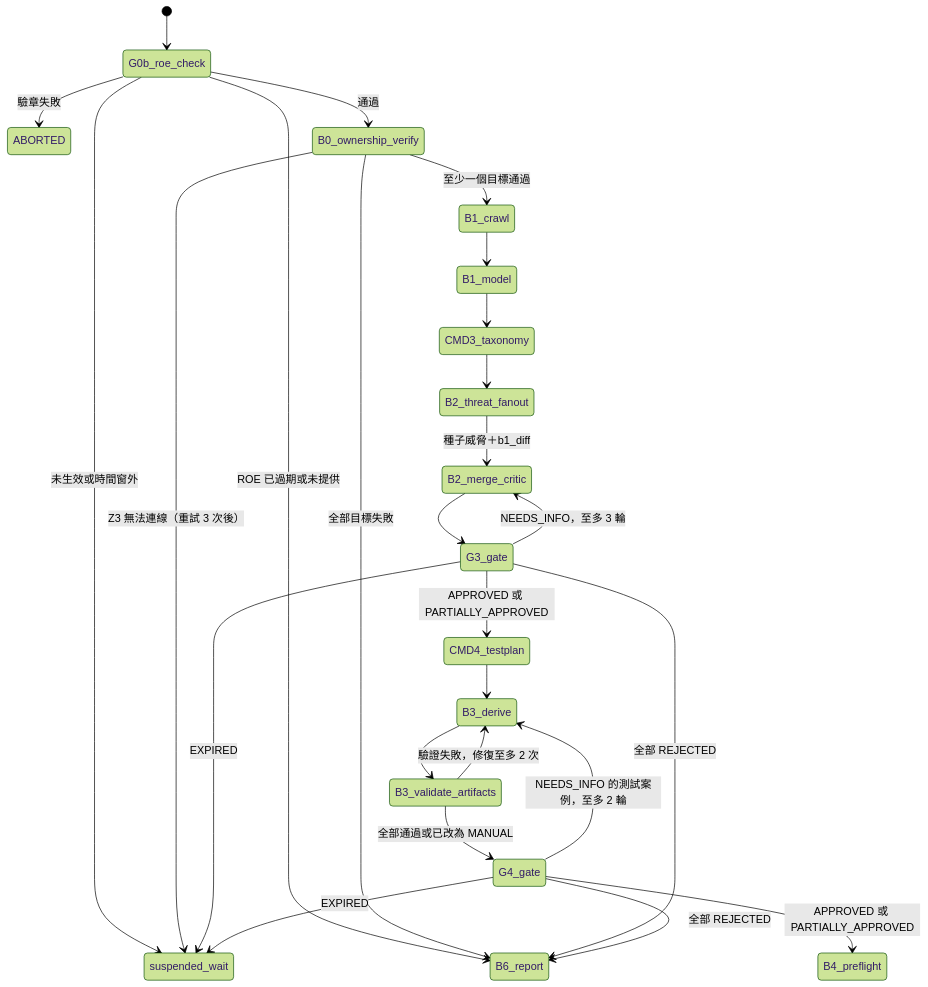
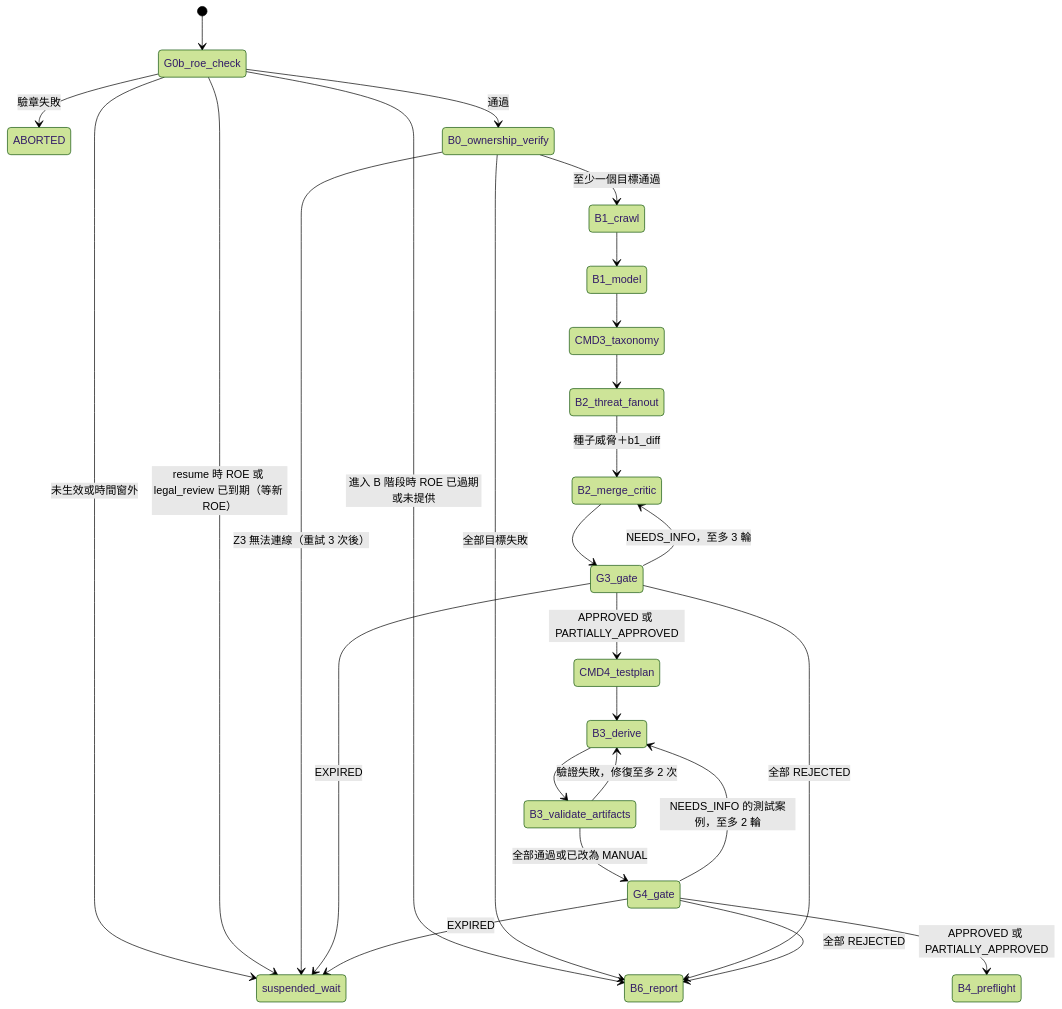
One commit to chinchiang/VibeCheckHarness changed the fifth of 10 diagrams in docs/03-system-architecture.md. Above: the diagram before and after it, drawn with Mermaid (forest theme). The commit also changed other lines of this file and 39 other files, not shown here.

````diff
--- a/docs/03-system-architecture.md
+++ b/docs/03-system-architecture.md
@@ -514,28 +519,29 @@
 ```mermaid
 stateDiagram-v2
   [*] --> G0b_roe_check
   G0b_roe_check --> ABORTED: 驗章失敗
   G0b_roe_check --> suspended_wait: 未生效或時間窗外
-  G0b_roe_check --> B6_report: ROE 已過期或未提供
+  G0b_roe_check --> B6_report: 進入 B 階段時 ROE 已過期或未提供
+  G0b_roe_check --> suspended_wait: resume 時 ROE 或 legal_review 已到期（等新 ROE）
   G0b_roe_check --> B0_ownership_verify: 通過
   B0_ownership_verify --> B1_crawl: 至少一個目標通過
   B0_ownership_verify --> B6_report: 全部目標失敗
   B0_ownership_verify --> suspended_wait: Z3 無法連線（重試 3 次後）
   B1_crawl --> B1_model
   B1_model --> CMD3_taxonomy
   CMD3_taxonomy --> B2_threat_fanout
   B2_threat_fanout --> B2_merge_critic: 種子威脅＋b1_diff
   B2_merge_critic --> G3_gate
   G3_gate --> CMD4_testplan: APPROVED 或 PARTIALLY_APPROVED
   G3_gate --> B2_merge_critic: NEEDS_INFO，至多 3 輪
   G3_gate --> B6_report: 全部 REJECTED
   G3_gate --> suspended_wait: EXPIRED
   CMD4_testplan --> B3_derive
   B3_derive --> B3_validate_artifacts
   B3_validate_artifacts --> B3_derive: 驗證失敗，修復至多 2 次
   B3_validate_artifacts --> G4_gate: 全部通過或已改為 MANUAL
   G4_gate --> B4_preflight: APPROVED 或 PARTIALLY_APPROVED
   G4_gate --> B3_derive: NEEDS_INFO 的測試案例，至多 2 輪
   G4_gate --> B6_report: 全部 REJECTED
   G4_gate --> suspended_wait: EXPIRED
 ```
````
